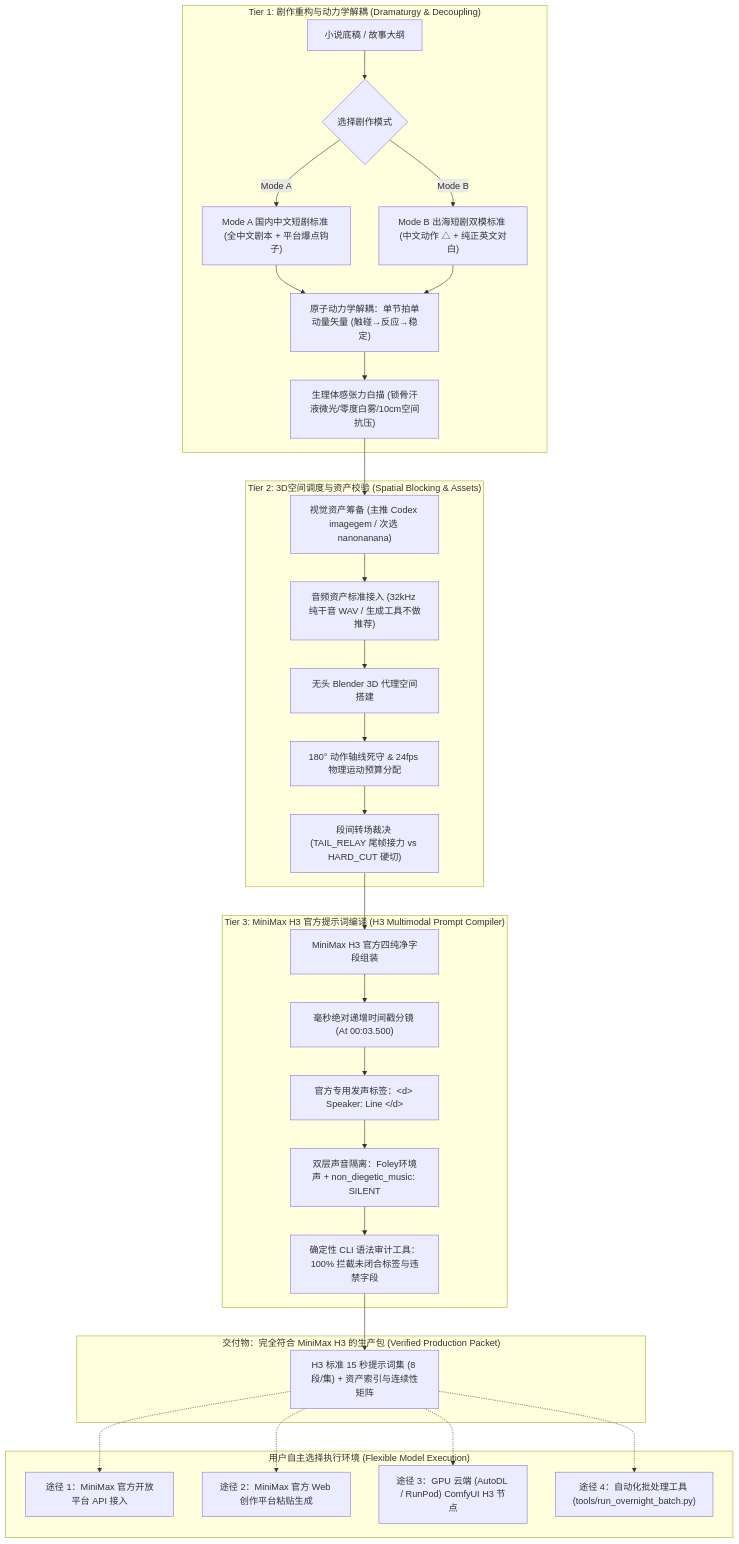
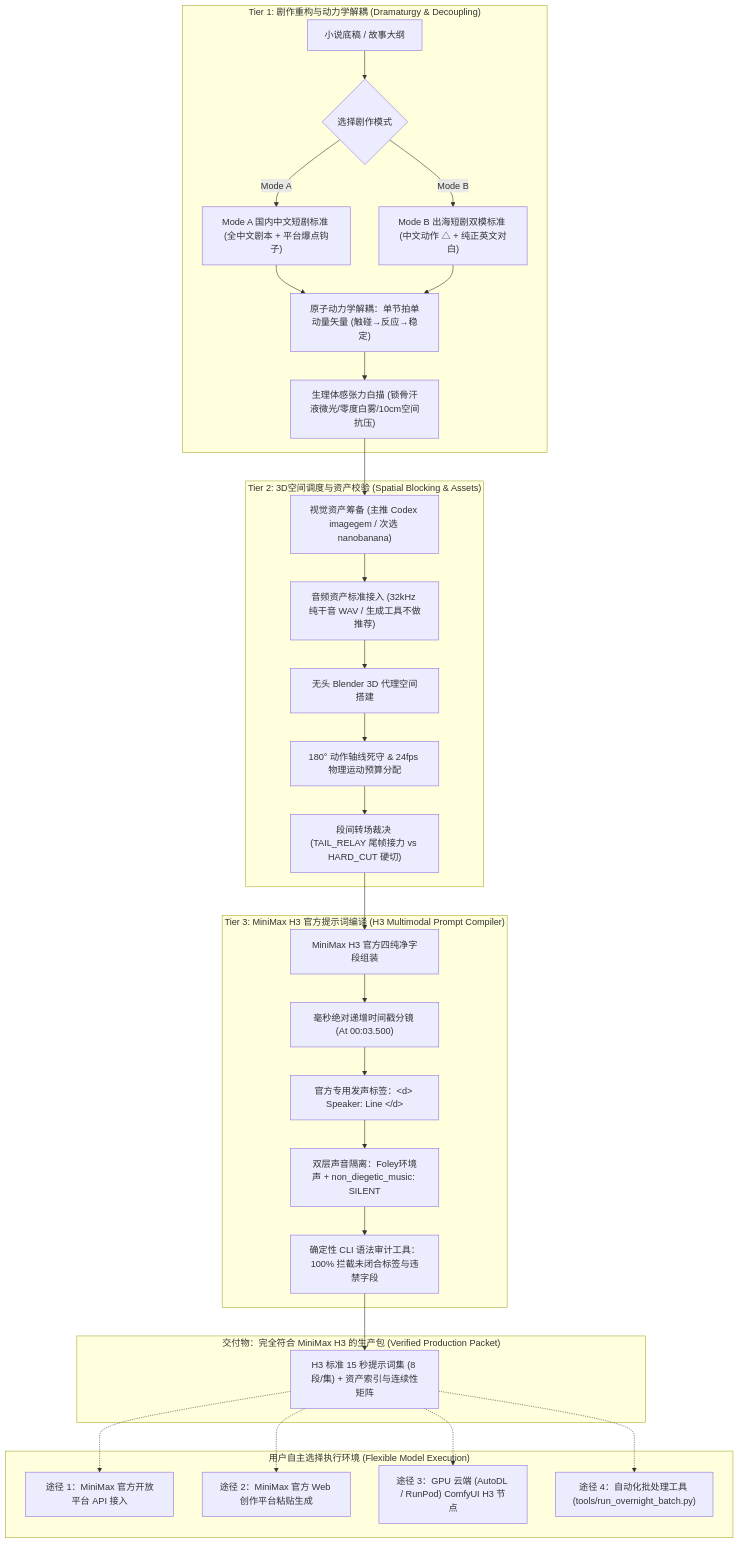
Before and after one commit to egguy886/OmniDirector-H3: the diagram in README.md, drawn with Mermaid. The commit also changed other lines of this file and 6 other files, not shown here.

Commit message:
fix(docs): correct tool name from nanonanana to nanobanana

````diff
--- a/README.md
+++ b/README.md
@@ -95,38 +95,38 @@
 ```mermaid
 flowchart TD
     subgraph Tier1["Tier 1: 剧作重构与动力学解耦 (Dramaturgy & Decoupling)"]
         A[小说底稿 / 故事大纲] --> B{选择剧作模式}
         B -->|Mode A| C1["Mode A 国内中文短剧标准 (全中文剧本 + 平台爆点钩子)"]
         B -->|Mode B| C2["Mode B 出海短剧双模标准 (中文动作 △ + 纯正英文对白)"]
         C1 --> D["原子动力学解耦：单节拍单动量矢量 (触碰→反应→稳定)"]
         C2 --> D
         D --> E["生理体感张力白描 (锁骨汗液微光/零度白雾/10cm空间抗压)"]
     end
 
     subgraph Tier2["Tier 2: 3D空间调度与资产校验 (Spatial Blocking & Assets)"]
-        E --> F["视觉资产筹备 (主推 Codex imagegem / 次选 nanonanana)"]
+        E --> F["视觉资产筹备 (主推 Codex imagegem / 次选 nanobanana)"]
         F --> G["音频资产标准接入 (32kHz 纯干音 WAV / 生成工具不做推荐)"]
         G --> H[无头 Blender 3D 代理空间搭建]
         H --> I["180° 动作轴线死守 & 24fps 物理运动预算分配"]
         I --> J["段间转场裁决 (TAIL_RELAY 尾帧接力 vs HARD_CUT 硬切)"]
     end
 
     subgraph Tier3["Tier 3: MiniMax H3 官方提示词编译 (H3 Multimodal Prompt Compiler)"]
         J --> K[MiniMax H3 官方四纯净字段组装]
         K --> L["毫秒绝对递增时间戳分镜 (At 00:03.500)"]
         L --> M["官方专用发声标签：&lt;d&gt; Speaker: Line &lt;/d&gt;"]
         M --> N["双层声音隔离：Foley环境声 + non_diegetic_music: SILENT"]
         N --> O[确定性 CLI 语法审计工具：100% 拦截未闭合标签与违禁字段]
     end
 
     subgraph Output["交付物：完全符合 MiniMax H3 的生产包 (Verified Production Packet)"]
         O --> P["H3 标准 15 秒提示词集 (8 段/集) + 资产索引与连续性矩阵"]
     end
 
     subgraph Execution["用户自主选择执行环境 (Flexible Model Execution)"]
         P -.-> Q1["途径 1：MiniMax 官方开放平台 API 接入"]
         P -.-> Q2["途径 2：MiniMax 官方 Web 创作平台粘贴生成"]
         P -.-> Q3["途径 3：GPU 云端 (AutoDL / RunPod) ComfyUI H3 节点"]
         P -.-> Q4["途径 4：自动化批处理工具 (tools/run_overnight_batch.py)"]
     end
 ```
````
